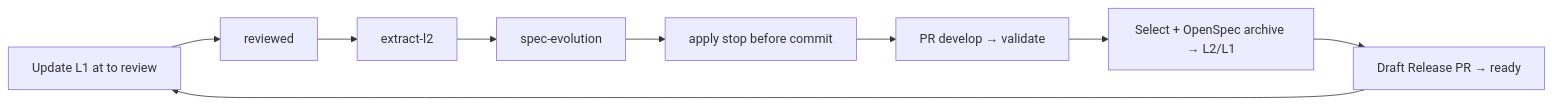
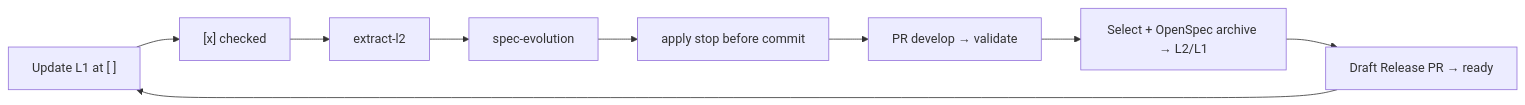
Before and after one commit to AdamAntinoo/neocom-meta: the tenth of 10 diagrams in .dsh/METHODOLOGY.md, drawn with Mermaid. The commit also changed other lines of this file and 26 other files, not shown here.

````diff
--- a/.dsh/METHODOLOGY.md
+++ b/.dsh/METHODOLOGY.md
@@ -596,11 +596,11 @@
 ```mermaid
 flowchart LR
-  L1u["Update L1 at to review"] --> R[reviewed]
+  L1u["Update L1 at [ ]"] --> R["[x] checked"]
   R --> E[extract-l2]
   E --> S[spec-evolution]
   S --> A["apply stop before commit"]
   A --> P["PR develop → validate"]
   P --> Arch["Select + OpenSpec archive → L2/L1"]
   Arch --> Rel["Draft Release PR → ready"]
   Rel --> L1u
 ```
````
